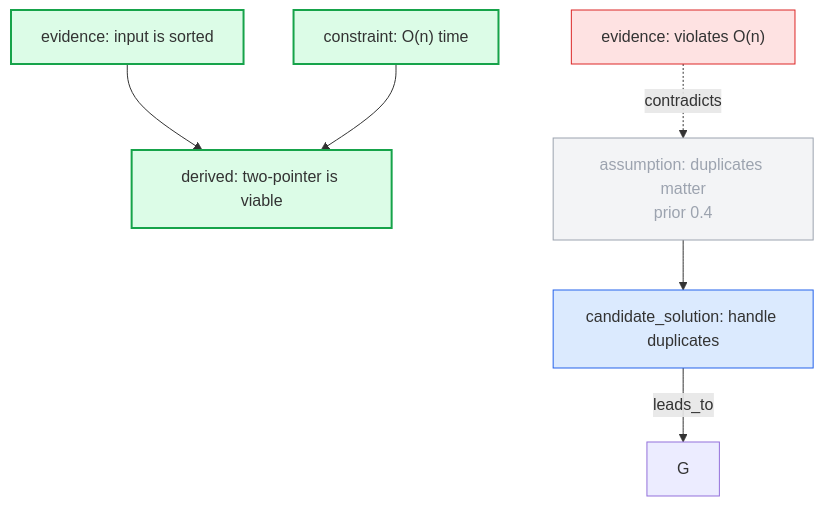
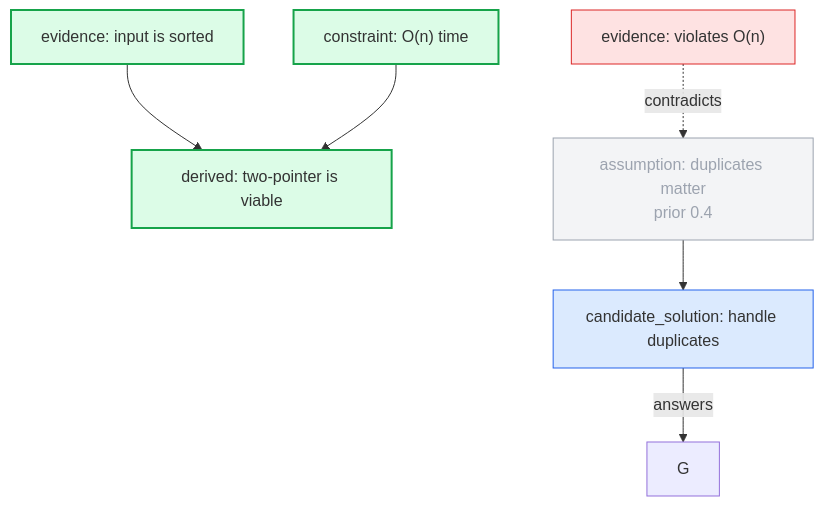
The diagram in skills/reasoning-graph/SKILL.md (xian0x5a/reasoning-graph), drawn with Mermaid before and after one commit. The commit also changed other lines of this file and 9 other files, not shown here.

````diff
--- a/skills/reasoning-graph/SKILL.md
+++ b/skills/reasoning-graph/SKILL.md
@@ -811,18 +809,18 @@
 ```mermaid
 flowchart TD
   E1["evidence: input is sorted"] --> D1["derived: two-pointer is viable"]
   C1["constraint: O(n) time"] --> D1
   A1["assumption: duplicates matter<br/>prior 0.4"] --> CS1["candidate_solution: handle duplicates"]
-  CS1 -- leads_to --> G
+  CS1 -- answers --> G
   E2["evidence: violates O(n)"] -. contradicts .-> A1
 
   classDef winning fill:#dcfce7,stroke:#16a34a,stroke-width:2px;
   classDef candidate fill:#dbeafe,stroke:#2563eb;
   classDef dim fill:#f3f4f6,stroke:#9ca3af,color:#9ca3af;
   classDef bad fill:#fee2e2,stroke:#dc2626;
 
   class E1,C1,D1 winning;
   class CS1 candidate;
   class A1 dim;
   class E2 bad;
 ```
````
